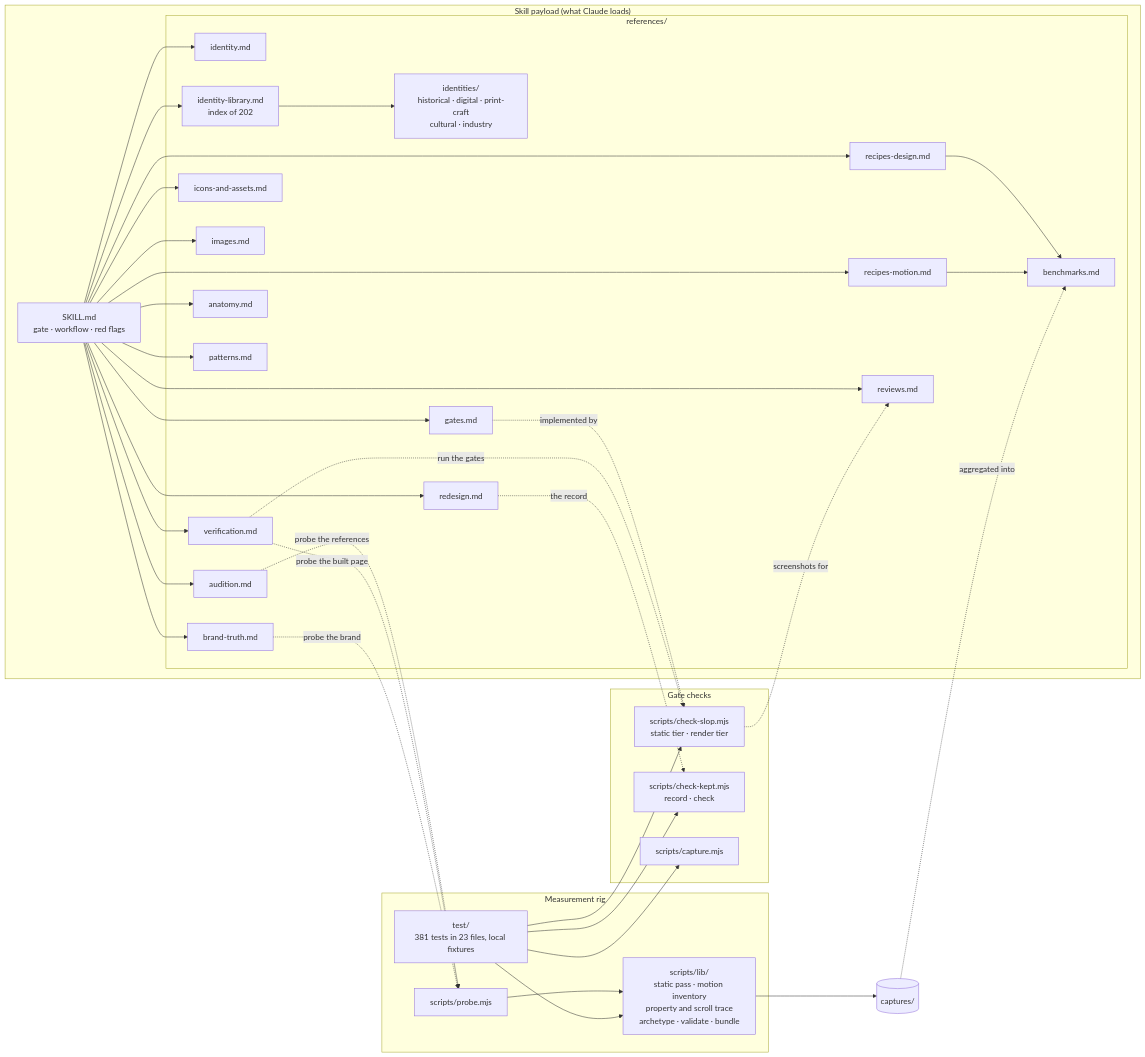
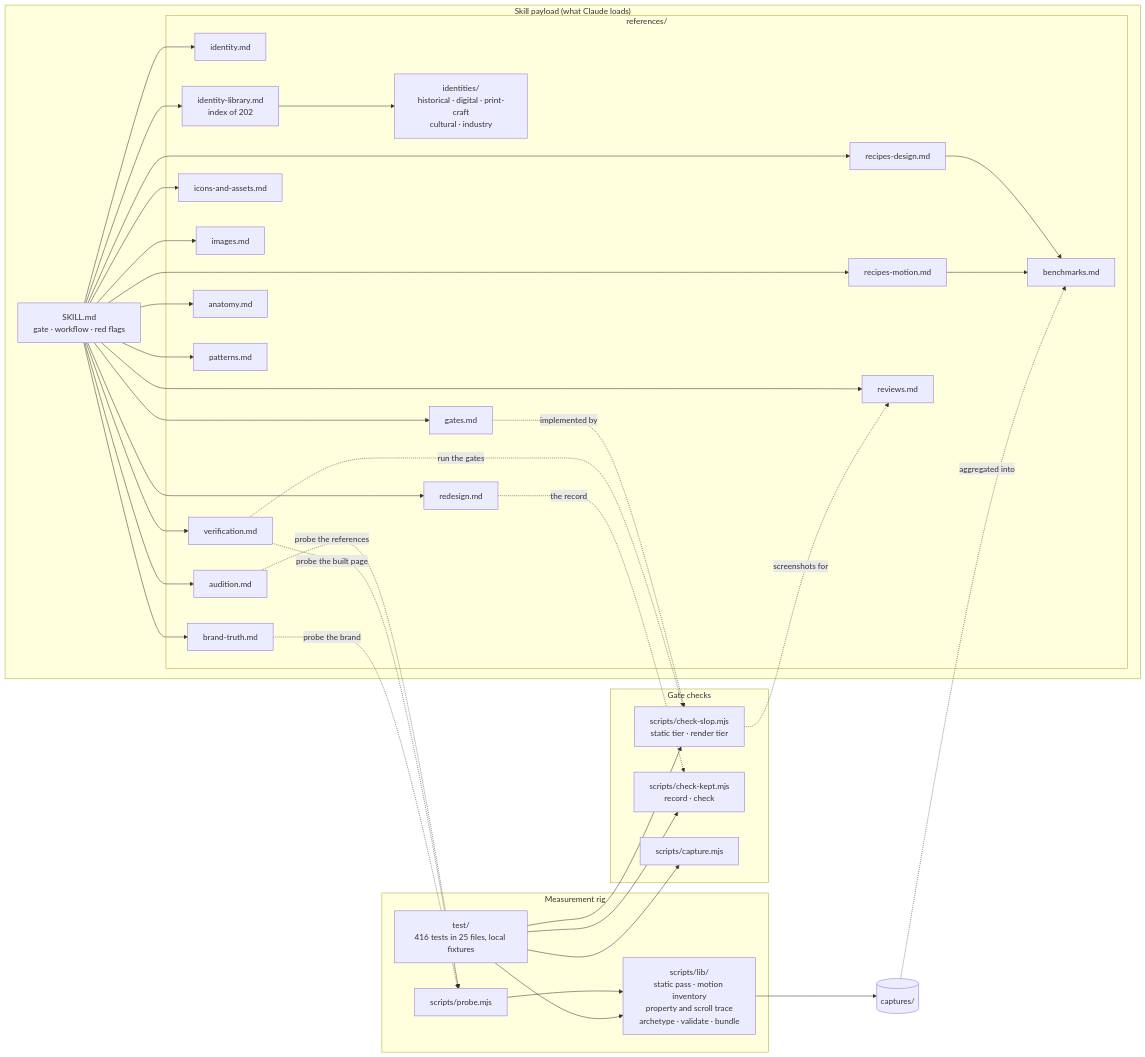
Before and after one commit to jounimn/df-design: the second of 2 diagrams in README.md, drawn with Mermaid. The commit also changed other lines of this file, not shown here.

First line of the commit message:
README: the test count after the yolo tier (416 tests in 25 files)

````diff
--- a/README.md
+++ b/README.md
@@ -183,48 +183,48 @@
 ```mermaid
 flowchart LR
     subgraph Skill["Skill payload (what Claude loads)"]
         SK["SKILL.md<br/>gate · workflow · red flags"]
         subgraph Refs["references/"]
             ID["identity.md"]
             AUD["audition.md"]
             LIB["identity-library.md<br/>index of 202"]
             FAM["identities/<br/>historical · digital · print-craft<br/>cultural · industry"]
             RD["recipes-design.md"]
             RM["recipes-motion.md"]
             IC["icons-and-assets.md"]
             IMG["images.md"]
             VER["verification.md"]
             BEN["benchmarks.md"]
             ANA["anatomy.md"]
             GAT["gates.md"]
             PAT["patterns.md"]
             REV["reviews.md"]
             RED["redesign.md"]
             BRT["brand-truth.md"]
         end
     end
     subgraph Rig["Measurement rig"]
         PRB["scripts/probe.mjs"]
         LIBS["scripts/lib/<br/>static pass · motion inventory<br/>property and scroll trace<br/>archetype · validate · bundle"]
-        TST["test/<br/>381 tests in 23 files, local fixtures"]
+        TST["test/<br/>416 tests in 25 files, local fixtures"]
     end
     subgraph Gates["Gate checks"]
         CSL["scripts/check-slop.mjs<br/>static tier · render tier"]
         CKP["scripts/check-kept.mjs<br/>record · check"]
         CPT["scripts/capture.mjs"]
     end
     SK --> ID & AUD & LIB & RD & RM & IC & IMG & VER & ANA & GAT & PAT & REV & RED & BRT
     LIB --> FAM
     RD & RM --> BEN
     PRB --> LIBS
     LIBS --> CAP[("captures/")]
     CAP -. "aggregated into" .-> BEN
     AUD -. "probe the references" .-> PRB
     VER -. "probe the built page" .-> PRB
     GAT -. "implemented by" .-> CSL
     VER -. "run the gates" .-> CSL
     RED -. "the record" .-> CKP
     BRT -. "probe the brand" .-> PRB
     CSL -. "screenshots for" .-> REV
     TST --> LIBS & CSL & CKP & CPT
 ```
````
